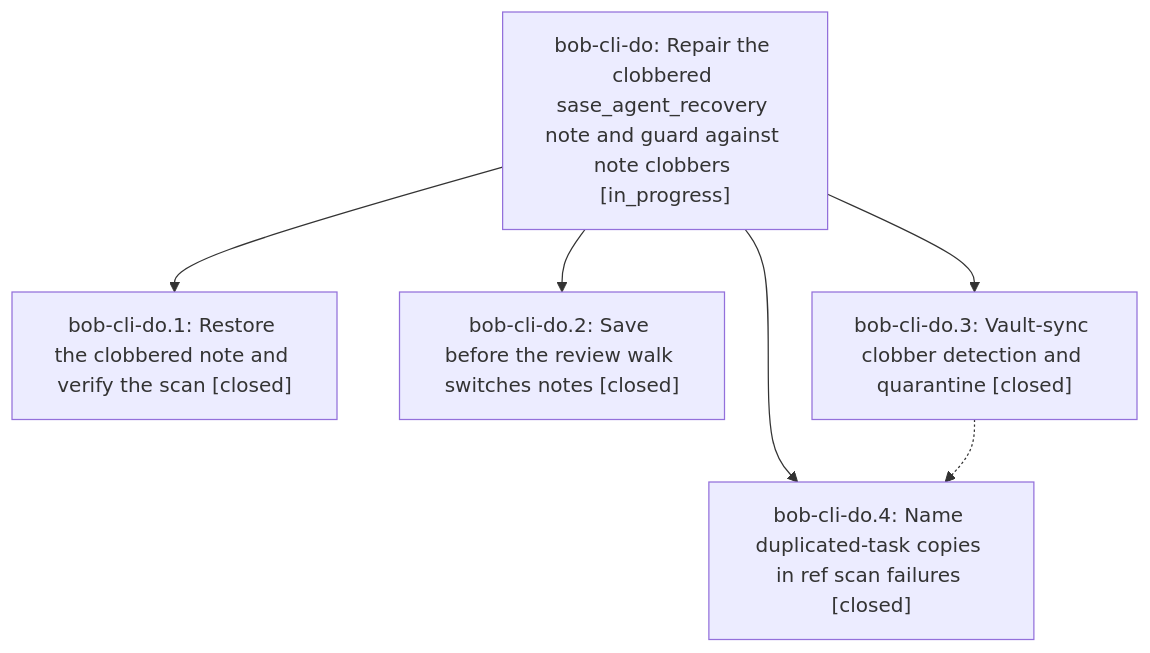
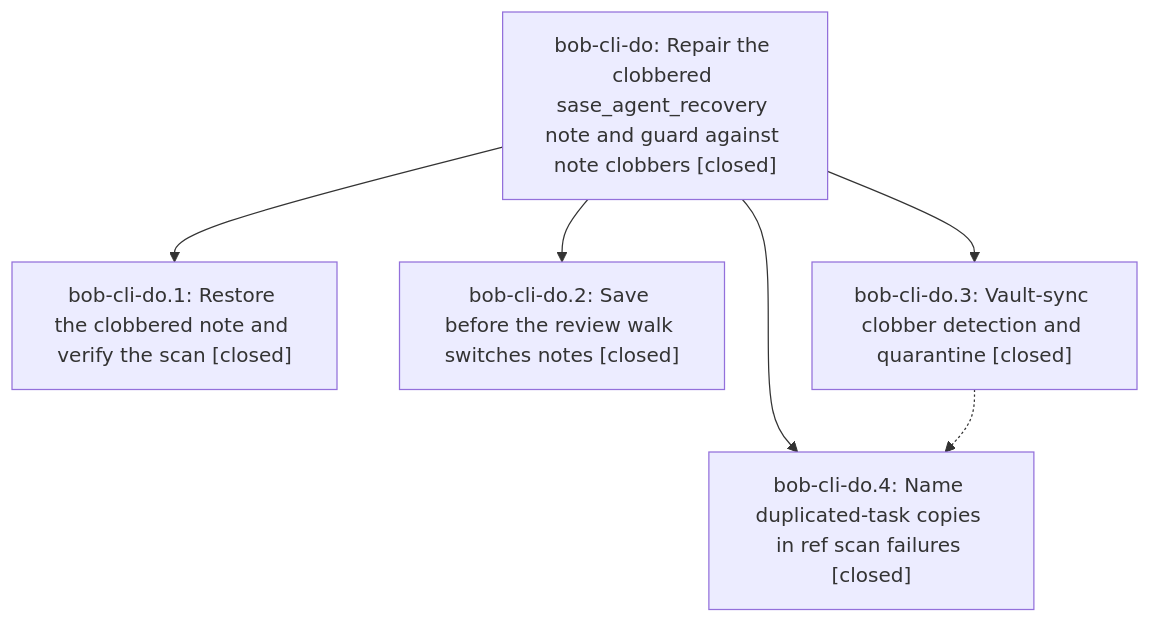
One commit to bobs-org/bob-cli--beads changed the diagram in pages/bob-cli-do/README.md. Above: the diagram before and after it, drawn with Mermaid. The commit also changed other lines of this file and 2 other files, not shown here.

First line of the commit message:
chore(beads): sync bead state and pages for bob-cli-do

````diff
--- a/pages/bob-cli-do/README.md
+++ b/pages/bob-cli-do/README.md
@@ -37,13 +48,13 @@
 ```mermaid
 flowchart TD
-    n0["bob-cli-do: Repair the clobbered sase_agent_recovery note and guard against note clobbers [in_progress]"]
+    n0["bob-cli-do: Repair the clobbered sase_agent_recovery note and guard against note clobbers [closed]"]
     n1["bob-cli-do.1: Restore the clobbered note and verify the scan [closed]"]
     n2["bob-cli-do.2: Save before the review walk switches notes [closed]"]
     n3["bob-cli-do.3: Vault-sync clobber detection and quarantine [closed]"]
     n4["bob-cli-do.4: Name duplicated-task copies in ref scan failures [closed]"]
     n0 --> n1
     n0 --> n2
     n0 --> n3
     n0 --> n4
     n3 -.-> n4
 ```
````
